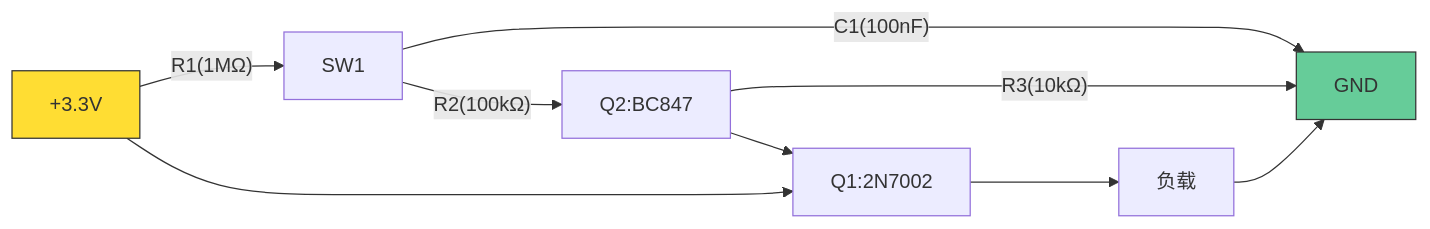
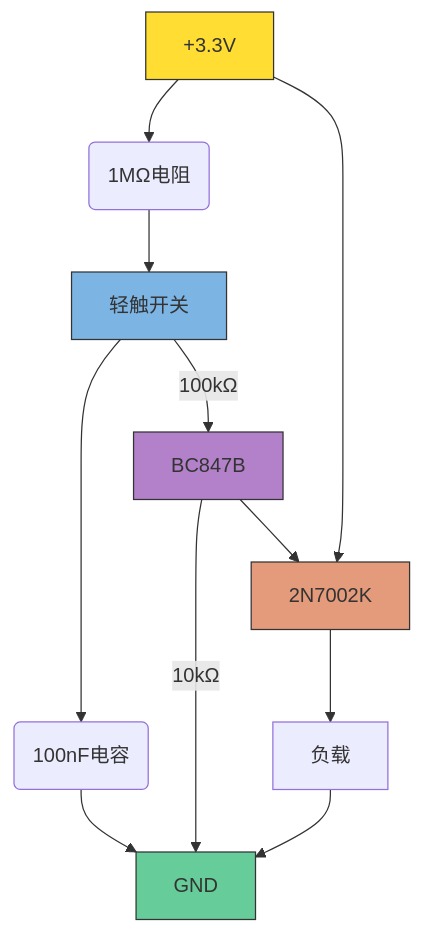
Before and after one commit to imaxu/imaxu.github.io: the second of 3 diagrams in _posts/2025-05-10-mosfet-switch-circuit.md, drawn with Mermaid.

````diff
--- a/_posts/2025-05-10-mosfet-switch-circuit.md
+++ b/_posts/2025-05-10-mosfet-switch-circuit.md
@@ -39,24 +39,35 @@
 ```mermaid
-%% 低功耗MOSFET开关电路
-graph LR
-    %% 电源输入
-    VCC[+3.3V]:::power
-    GND[GND]:::ground
-    
+flowchart TB
+    %% 电源输入部分
+    VCC[+3.3V]
+    class VCC power
+    GND[GND]
+    class GND ground
+
     %% 按键网络
-    VCC -- R1(1MΩ) --> SW1[SW1]
-    SW1 -- C1(100nF) --> GND
-    SW1 -- R2(100kΩ) --> Q2[Q2:BC847]
-    
+    R1(1MΩ电阻)
+    SW1[轻触开关]
+    C1(100nF电容)
+    VCC --> R1 --> SW1
+    SW1 --> C1 --> GND
+    SW1 -->|100kΩ| Q2[BC847B]
+
     %% 控制逻辑
-    Q2 -- R3(10kΩ) --> GND
-    Q2 --> Q1[Q1:2N7002]
-    
+    Q2 -->|10kΩ| GND
+    Q2 --> Q1[2N7002K]
+
     %% 功率输出
-    VCC --> Q1
-    Q1 --> LOAD[负载]
+    VCC --> Q1 --> LOAD[负载]
     LOAD --> GND
-    
-    classDef power fill:#ffdd33,stroke:#333
-    classDef ground fill:#66cc99,stroke:#333
+
+    %% 类定义
+    classDef power fill:#ffdd33,stroke:#333;
+    classDef ground fill:#66cc99,stroke:#333;
+    classDef switch fill:#7cb4e4,stroke:#333;
+    classDef mosfet fill:#e39b7b,stroke:#333;
+    classDef bjt fill:#b381c9,stroke:#333;
+
+    class Q1 mosfet;
+    class Q2 bjt;
+    class SW1 switch;
 ```
````
